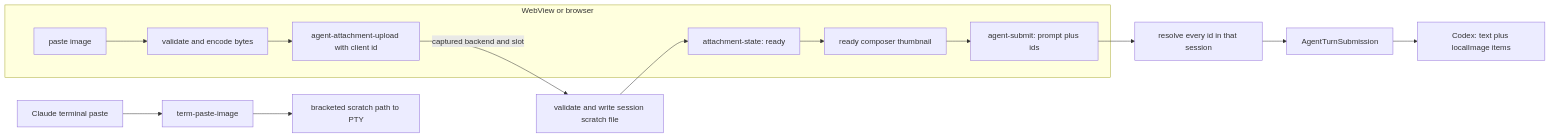
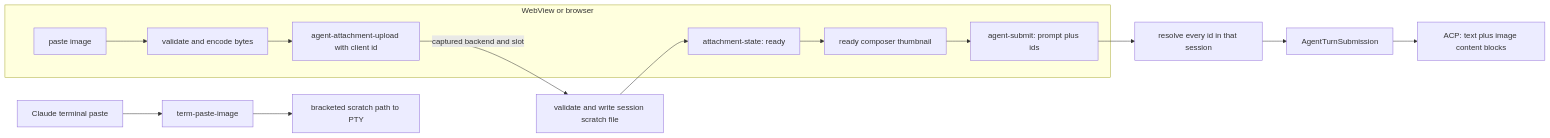
The diagram in docs/specs/remote-paste-image.md (Kapps/weavie), drawn with Mermaid before and after one commit. The commit also changed other lines of this file and 255 other files, not shown here.

Commit message:
Replace native Codex provider with generic ACP

````diff
--- a/docs/specs/remote-paste-image.md
+++ b/docs/specs/remote-paste-image.md
@@ -23,16 +24,16 @@
 ```mermaid
 flowchart LR
   subgraph client [WebView or browser]
     paste["paste image"] --> encode["validate and encode bytes"]
     encode --> upload["agent-attachment-upload with client id"]
     ready["attachment-state: ready"] --> thumb["ready composer thumbnail"]
     thumb --> submit["agent-submit: prompt plus ids"]
   end
   upload -->|"captured backend and slot"| stage["validate and write session scratch file"]
   stage --> ready
   submit --> claim["resolve every id in that session"]
   claim --> turn["AgentTurnSubmission"]
-  turn --> codex["Codex: text plus localImage items"]
+  turn --> acp["ACP: text plus image content blocks"]
   claudePaste["Claude terminal paste"] --> legacy["term-paste-image"]
   legacy --> pty["bracketed scratch path to PTY"]
 ```
````
